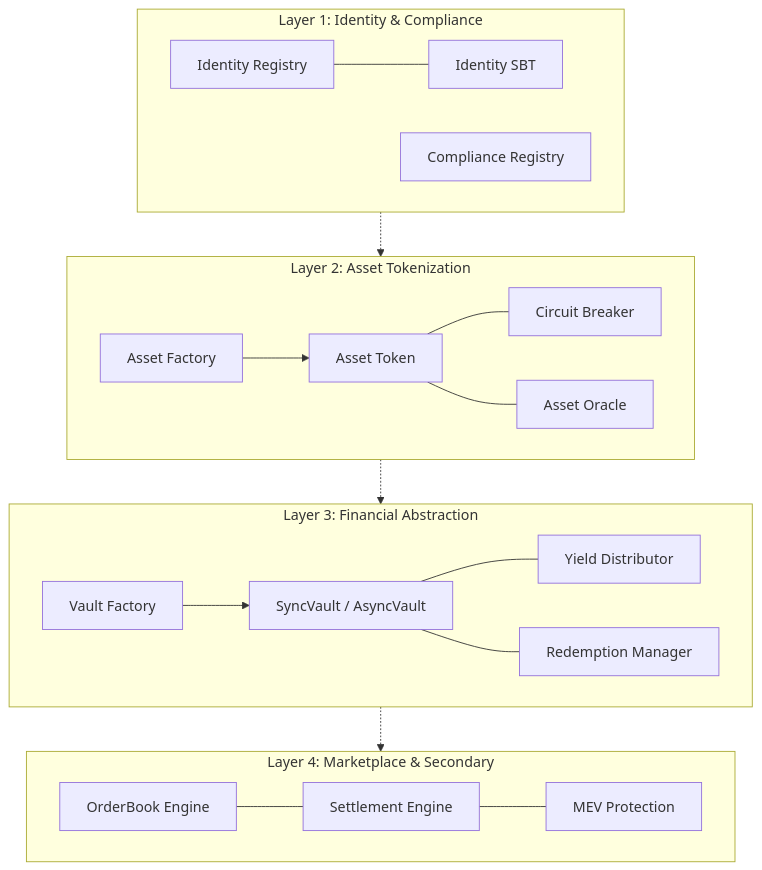
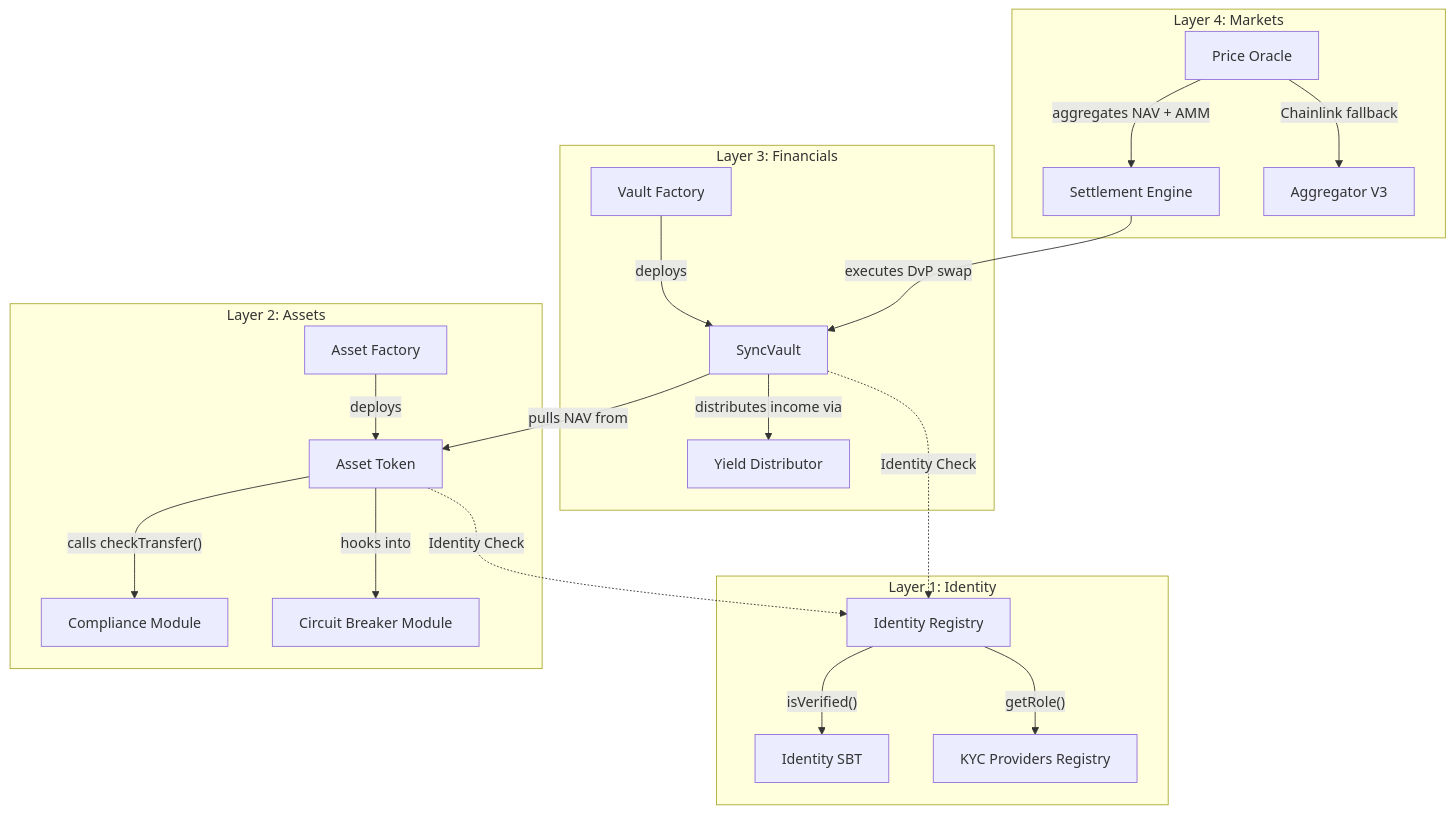
Before and after one commit to Fathimaath/CRATS-Protocol: the diagram in CRAT-Protocol-layer.md, drawn with Mermaid. The commit also changed other lines of this file, not shown here.

Commit message:
fixed marketplace,yield

````diff
--- a/CRAT-Protocol-layer.md
+++ b/CRAT-Protocol-layer.md
@@ -11,28 +34,28 @@
 ```mermaid
 graph TD
-    subgraph L1 ["Layer 1: Identity & Compliance"]
-        IR[Identity Registry] --- SBT[Identity SBT]
-        CR[Compliance Registry]
+    subgraph "Layer 1: Identity"
+        IR[Identity Registry] -->|"isVerified()"| SBT[Identity SBT]
+        IR -->|"getRole()"| KR[KYC Providers Registry]
     end
 
-    subgraph L2 ["Layer 2: Asset Tokenization"]
-        AF[Asset Factory] --> AT[Asset Token]
-        AT --- CB[Circuit Breaker]
-        AT --- AO[Asset Oracle]
+    subgraph "Layer 2: Assets"
+        AF[Asset Factory] -->|"deploys"| AT[Asset Token]
+        AT -->|"calls checkTransfer()"| CM[Compliance Module]
+        AT -->|"hooks into"| CB[Circuit Breaker Module]
     end
 
-    subgraph L3 ["Layer 3: Financial Abstraction"]
-        VF[Vault Factory] --> SV[SyncVault / AsyncVault]
-        SV --- YD[Yield Distributor]
-        SV --- RM[Redemption Manager]
+    subgraph "Layer 3: Financials"
+        VF[Vault Factory] -->|"deploys"| SV[SyncVault]
+        SV -->|"pulls NAV from"| AT
+        SV -->|"distributes income via"| YD[Yield Distributor]
     end
 
-    subgraph L4 ["Layer 4: Marketplace & Secondary"]
-        OB[OrderBook Engine] --- SE[Settlement Engine]
-        SE --- MEV[MEV Protection]
+    subgraph "Layer 4: Markets"
+        SE[Settlement Engine] -->|"executes DvP swap"| SV
+        PO[Price Oracle] -->|"aggregates NAV + AMM"| SE
+        PO -->|"Chainlink fallback"| CL[Aggregator V3]
     end
 
-    L1 -.-> L2
-    L2 -.-> L3
-    L3 -.-> L4
+    SV -.->|Identity Check| IR
+    AT -.->|Identity Check| IR
 ```
````
